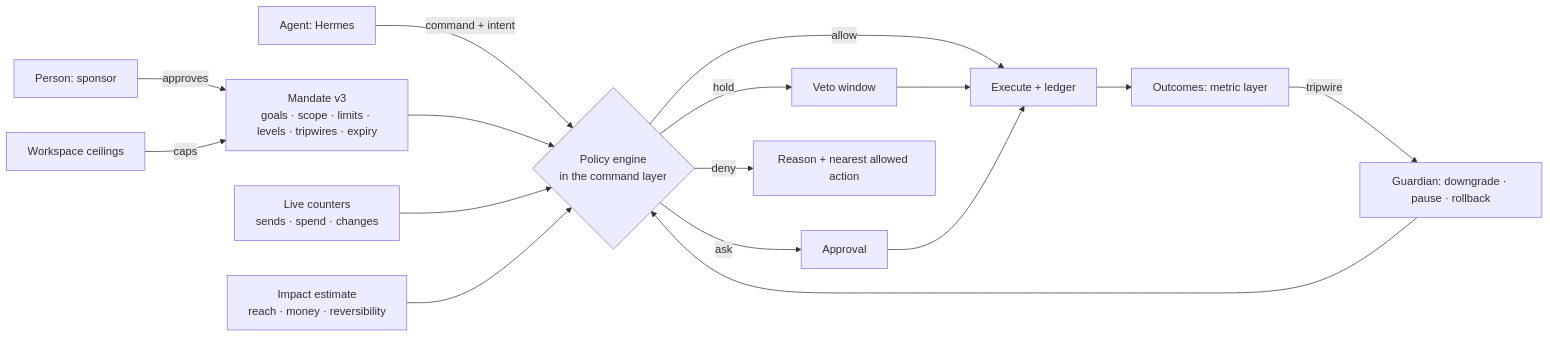
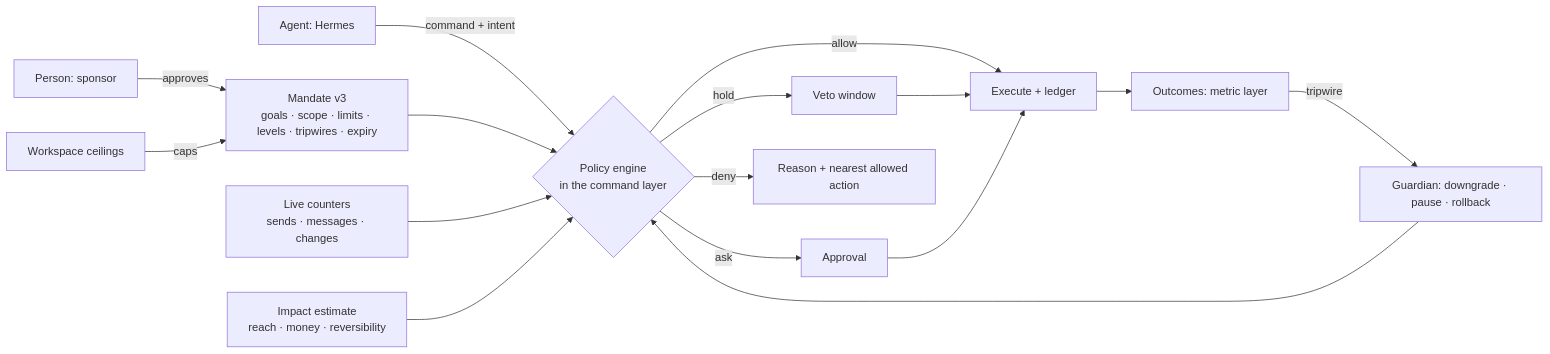
Before and after one commit to TimChr78/Agentic-Marketing: the diagram in docs/architecture/agentic-autonomy.md, drawn with Mermaid. The commit also changed other lines of this file and 18 other files, not shown here.

First line of the commit message:
docs(architecture): bring wave 4 and agent pages up to 0.6.1

````diff
--- a/docs/architecture/agentic-autonomy.md
+++ b/docs/architecture/agentic-autonomy.md
@@ -54,16 +75,16 @@
 ```mermaid
 flowchart LR
   P[Person: sponsor] -->|approves| M[Mandate v3<br/>goals · scope · limits · levels · tripwires · expiry]
   W[Workspace ceilings] -->|caps| M
   A[Agent: Hermes] -->|command + intent| E{Policy engine<br/>in the command layer}
   M --> E
-  C[Live counters<br/>sends · spend · changes] --> E
+  C[Live counters<br/>sends · messages · changes] --> E
   I[Impact estimate<br/>reach · money · reversibility] --> E
   E -->|allow| X[Execute + ledger]
   E -->|hold| V[Veto window] --> X
   E -->|ask| Q[Approval] --> X
   E -->|deny| R[Reason + nearest allowed action]
   X --> O[Outcomes: metric layer]
   O -->|tripwire| G[Guardian: downgrade · pause · rollback]
   G --> E
 ```
````
